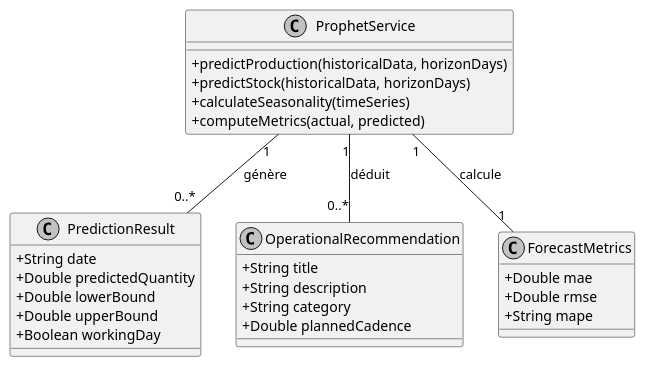
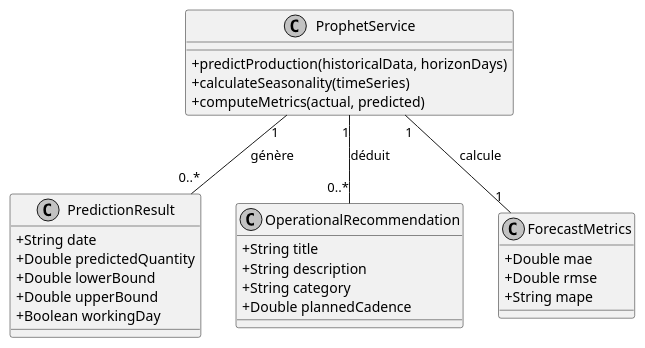
The diagram in Rapport/diagrams/sprint4_classes.puml (ayoubmek/PFE_data_science), drawn with PlantUML before and after one commit. The commit also changed 1 other file, not shown here.

Commit message:
refactor: eliminate all traces of stock prediction across main.py and diagrams, keeping forecasting 100% production-only

```diff
--- a/Rapport/diagrams/sprint4_classes.puml
+++ b/Rapport/diagrams/sprint4_classes.puml
@@ -1,39 +1,38 @@
 @startuml sprint4_classes
 skinparam monochrome true
 skinparam shadowing false
 skinparam classAttributeIconSize 0
 skinparam fontName "Arial"
 skinparam fontSize 12
 
 class ProphetService {
     + predictProduction(historicalData, horizonDays)
-    + predictStock(historicalData, horizonDays)
     + calculateSeasonality(timeSeries)
     + computeMetrics(actual, predicted)
 }
 
 class PredictionResult {
     + String date
     + Double predictedQuantity
     + Double lowerBound
     + Double upperBound
     + Boolean workingDay
 }
 
 class OperationalRecommendation {
     + String title
     + String description
     + String category
     + Double plannedCadence
 }
 
 class ForecastMetrics {
     + Double mae
     + Double rmse
     + String mape
 }
 
 ProphetService "1" -- "0..*" PredictionResult : génère
 ProphetService "1" -- "0..*" OperationalRecommendation : déduit
 ProphetService "1" -- "1" ForecastMetrics : calcule
 @enduml
```
